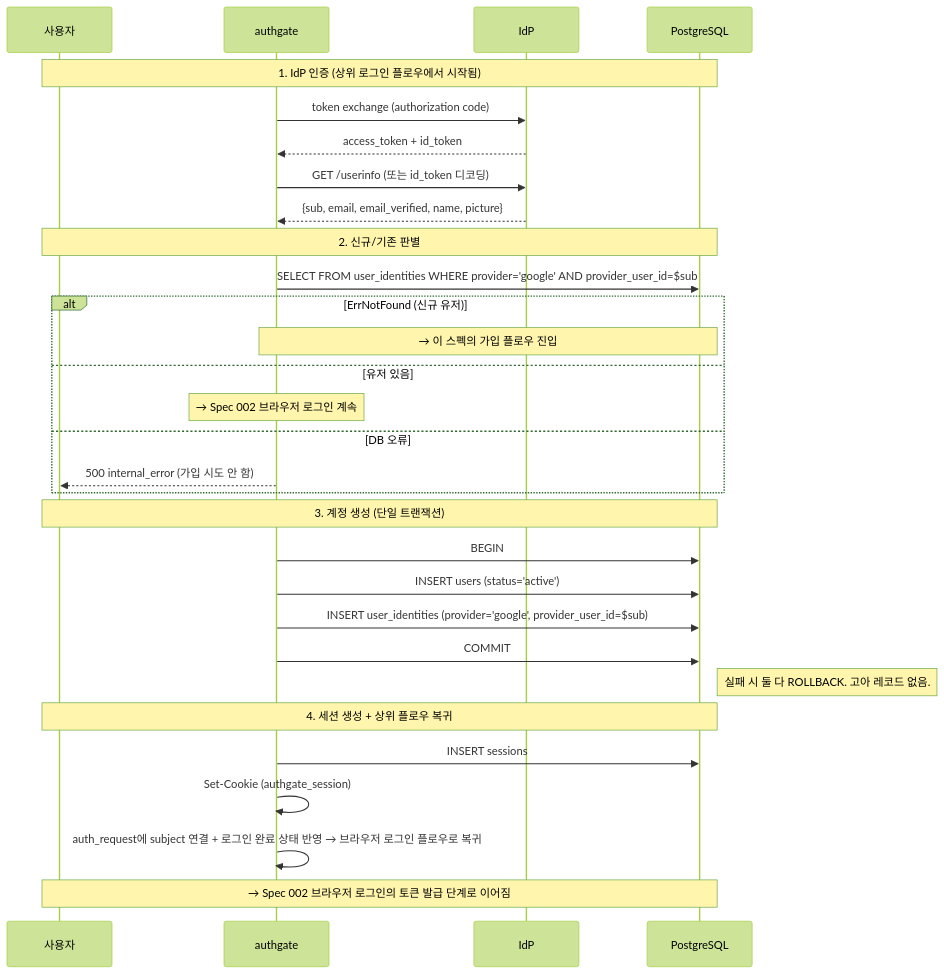
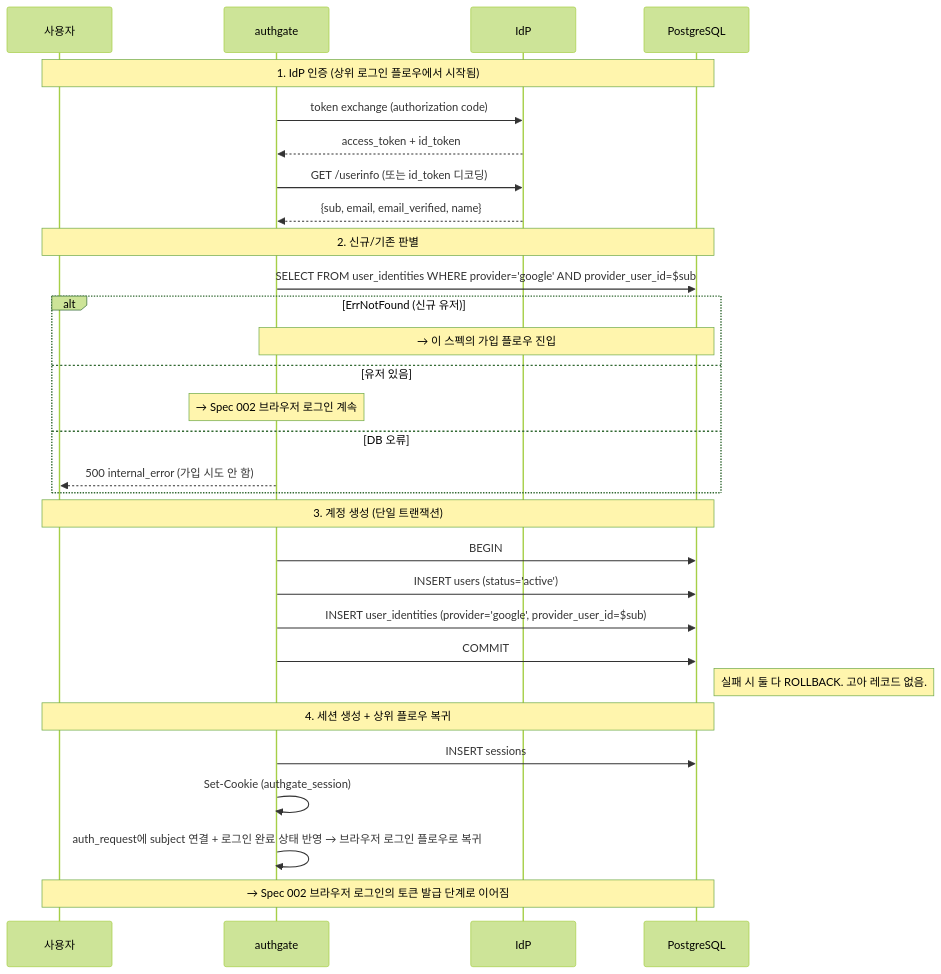
One commit to cagojeiger/authgate changed the diagram in docs/spec/001-signup.md. Above: the diagram before and after it, drawn with Mermaid (forest theme). The commit also changed other lines of this file and 35 other files, not shown here.

````diff
--- a/docs/spec/001-signup.md
+++ b/docs/spec/001-signup.md
@@ -50,36 +50,36 @@
 ```mermaid
 sequenceDiagram
     participant U as 사용자
     participant AG as authgate
     participant IdP as IdP
     participant DB as PostgreSQL
 
     Note over U,DB: 1. IdP 인증 (상위 로그인 플로우에서 시작됨)
     AG->>IdP: token exchange (authorization code)
     IdP-->>AG: access_token + id_token
     AG->>IdP: GET /userinfo (또는 id_token 디코딩)
-    IdP-->>AG: {sub, email, email_verified, name, picture}
+    IdP-->>AG: {sub, email, email_verified, name}
 
     Note over U,DB: 2. 신규/기존 판별
     AG->>DB: SELECT FROM user_identities WHERE provider='google' AND provider_user_id=$sub
     alt ErrNotFound (신규 유저)
         Note over AG,DB: → 이 스펙의 가입 플로우 진입
     else 유저 있음
         Note over AG: → Spec 002 브라우저 로그인 계속
     else DB 오류
         AG-->>U: 500 internal_error (가입 시도 안 함)
     end
 
     Note over U,DB: 3. 계정 생성 (단일 트랜잭션)
     AG->>DB: BEGIN
     AG->>DB: INSERT users (status='active')
     AG->>DB: INSERT user_identities (provider='google', provider_user_id=$sub)
     AG->>DB: COMMIT
     Note right of DB: 실패 시 둘 다 ROLLBACK. 고아 레코드 없음.
 
     Note over U,DB: 4. 세션 생성 + 상위 플로우 복귀
     AG->>DB: INSERT sessions
     AG->>AG: Set-Cookie (authgate_session)
     AG->>AG: auth_request에 subject 연결 + 로그인 완료 상태 반영 → 브라우저 로그인 플로우로 복귀
     Note over U,DB: → Spec 002 브라우저 로그인의 토큰 발급 단계로 이어짐
 ```
````
